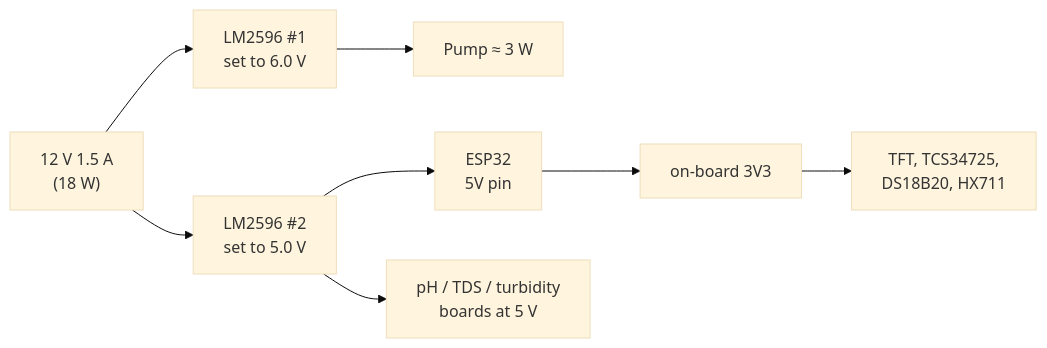
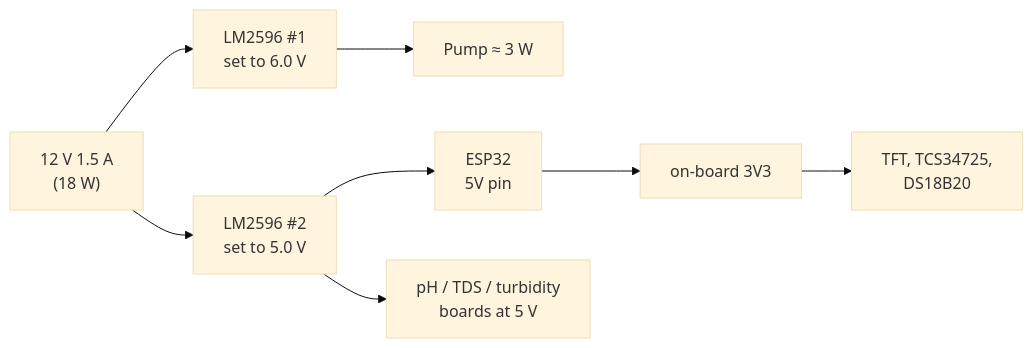
Before and after one commit to nikk-0712/aquamilk-detect: the diagram in docs/wiring.md, drawn with Mermaid (base theme). The commit also changed other lines of this file and 9 other files, not shown here.

````diff
--- a/docs/wiring.md
+++ b/docs/wiring.md
@@ -99,7 +96,7 @@
 ```mermaid
 flowchart LR
   ADP["12 V 1.5 A<br/>(18 W)"] --> B1["LM2596 #1<br/>set to 6.0 V"] --> PUMP["Pump ≈ 3 W"]
   ADP --> B2["LM2596 #2<br/>set to 5.0 V"] --> ESP["ESP32<br/>5V pin"]
-  ESP --> LDO["on-board 3V3"] --> D3["TFT, TCS34725,<br/>DS18B20, HX711"]
+  ESP --> LDO["on-board 3V3"] --> D3["TFT, TCS34725,<br/>DS18B20"]
   B2 --> A5["pH / TDS / turbidity<br/>boards at 5 V"]
 ```
````
